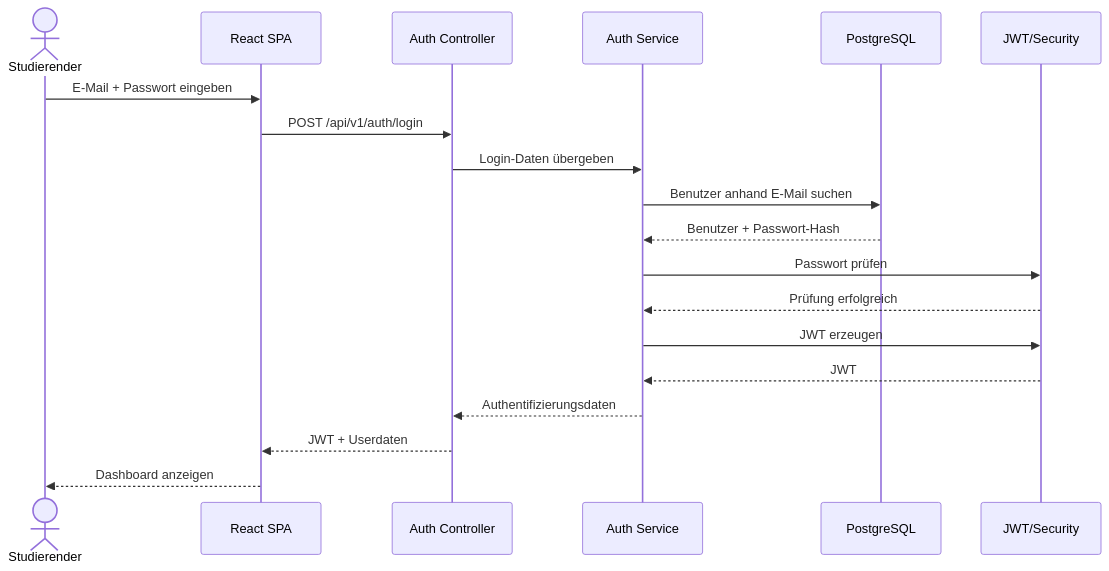
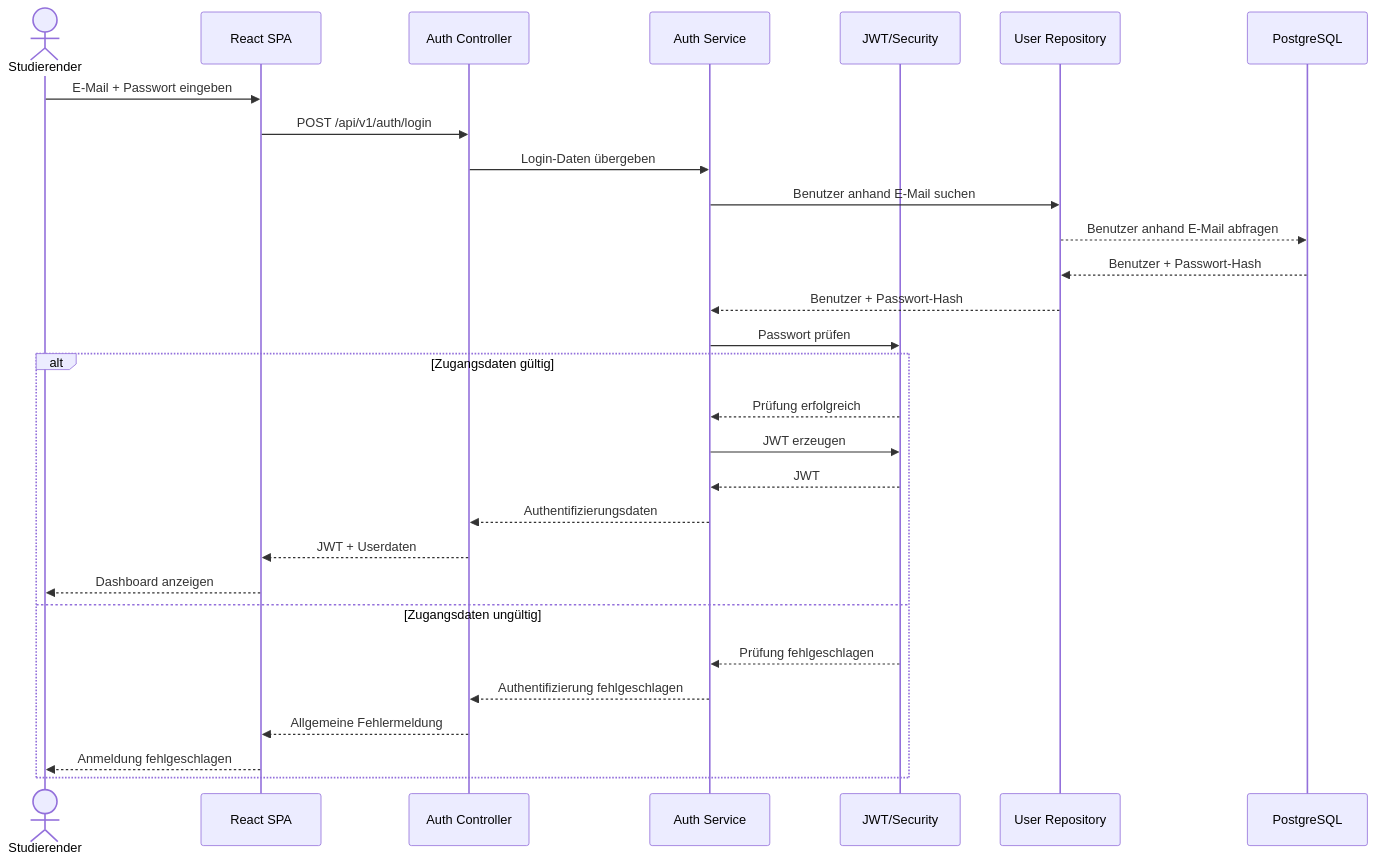
The first of 5 diagrams in arch/06-laufzeitsicht.md (nura203/wk1106-wirtschaftsinformatik-projekt-1), drawn with Mermaid before and after one commit. The commit also changed other lines of this file, not shown here.

````diff
--- a/arch/06-laufzeitsicht.md
+++ b/arch/06-laufzeitsicht.md
@@ -20,22 +20,32 @@
 ```mermaid
 sequenceDiagram
     actor Nutzer as Studierender
     participant Frontend as React SPA
     participant Controller as Auth Controller
     participant Service as Auth Service
+    participant Security as JWT/Security
+    participant UserRepo as User Repository
     participant DB as PostgreSQL
-    participant Security as JWT/Security
 
     Nutzer->>Frontend: E-Mail + Passwort eingeben
     Frontend->>Controller: POST /api/v1/auth/login
     Controller->>Service: Login-Daten übergeben
-    Service->>DB: Benutzer anhand E-Mail suchen
-    DB-->>Service: Benutzer + Passwort-Hash
+    Service->>UserRepo: Benutzer anhand E-Mail suchen
+    UserRepo-->>DB: Benutzer anhand E-Mail abfragen
+    DB-->>UserRepo: Benutzer + Passwort-Hash
+    UserRepo-->>Service: Benutzer + Passwort-Hash
     Service->>Security: Passwort prüfen
+alt Zugangsdaten gültig
     Security-->>Service: Prüfung erfolgreich
     Service->>Security: JWT erzeugen
     Security-->>Service: JWT
     Service-->>Controller: Authentifizierungsdaten
     Controller-->>Frontend: JWT + Userdaten
     Frontend-->>Nutzer: Dashboard anzeigen
+else Zugangsdaten ungültig
+    Security-->>Service: Prüfung fehlgeschlagen
+    Service-->>Controller: Authentifizierung fehlgeschlagen
+    Controller-->>Frontend: Allgemeine Fehlermeldung
+    Frontend-->>Nutzer: Anmeldung fehlgeschlagen
+end
 ```
````
